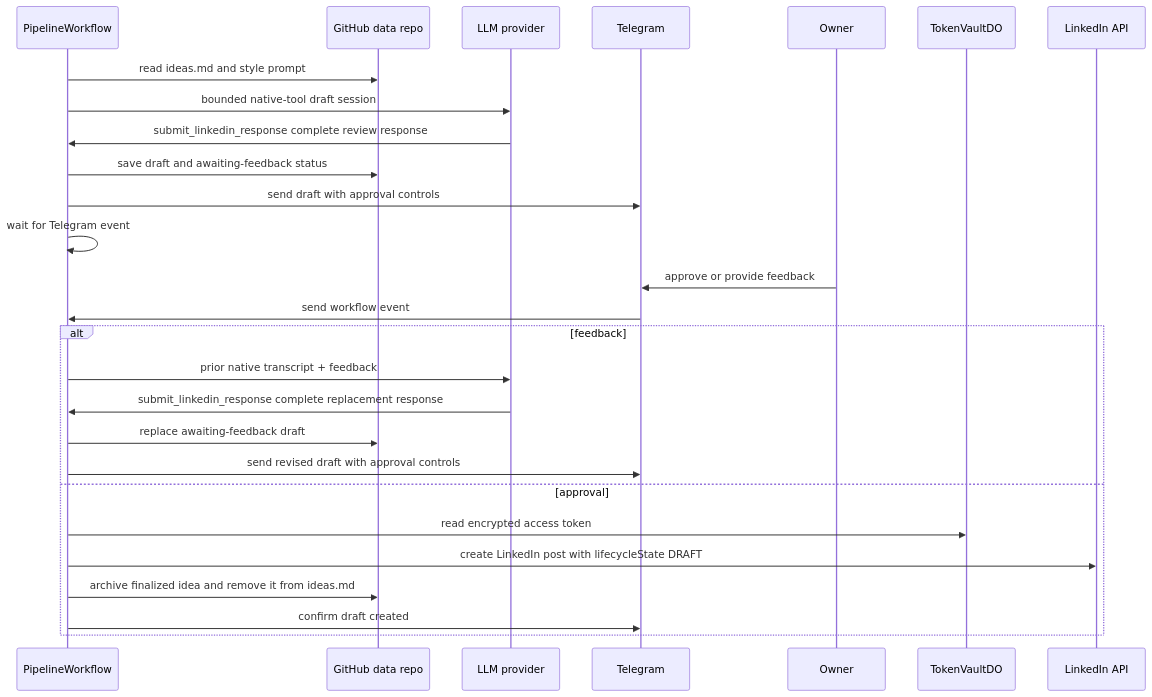
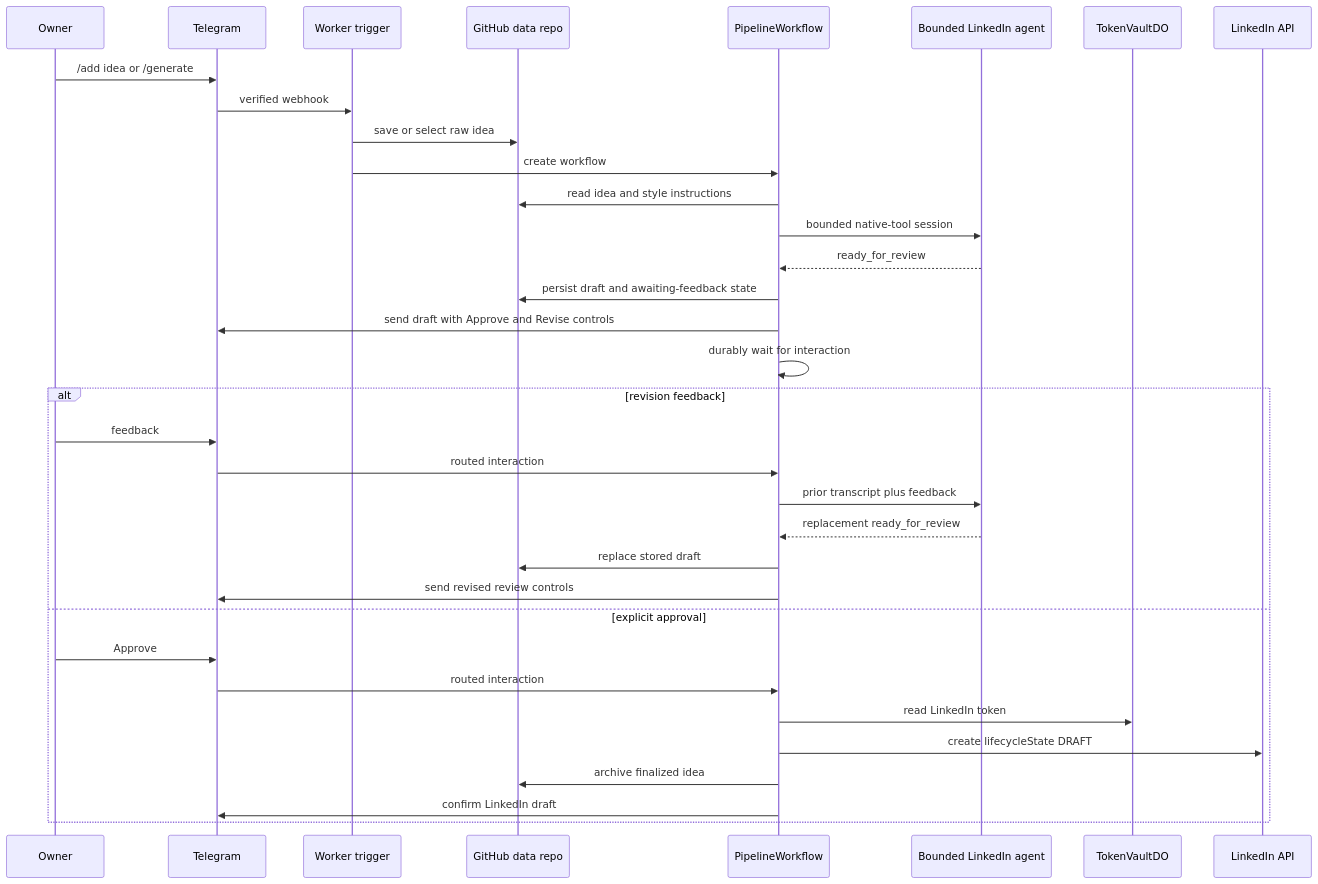
Before and after one commit to satwikhebbar/kipp: the second of 4 diagrams in docs/architecture/request-flows.md, drawn with Mermaid. The commit also changed other lines of this file and 8 other files, not shown here.

Commit message:
docs: refresh Kipp architecture and README

````diff
--- a/docs/architecture/request-flows.md
+++ b/docs/architecture/request-flows.md
@@ -31,30 +35,37 @@
 ```mermaid
 sequenceDiagram
+  participant U as Owner
+  participant T as Telegram
+  participant W as Worker trigger
+  participant G as GitHub data repo
   participant P as PipelineWorkflow
-  participant G as GitHub data repo
-  participant L as LLM provider
-  participant T as Telegram
-  participant U as Owner
+  participant A as Bounded LinkedIn agent
   participant V as TokenVaultDO
   participant LI as LinkedIn API
 
-  P->>G: read ideas.md and style prompt
-  P->>L: bounded native-tool draft session
-  L->>P: submit_linkedin_response complete review response
-  P->>G: save draft and awaiting-feedback status
-  P->>T: send draft with approval controls
-  P->>P: wait for Telegram event
-  U->>T: approve or provide feedback
-  T->>P: send workflow event
-  alt feedback
-    P->>L: prior native transcript + feedback
-    L->>P: submit_linkedin_response complete replacement response
-    P->>G: replace awaiting-feedback draft
-    P->>T: send revised draft with approval controls
-  else approval
-    P->>V: read encrypted access token
-    P->>LI: create LinkedIn post with lifecycleState DRAFT
-    P->>G: archive finalized idea and remove it from ideas.md
-    P->>T: confirm draft created
+  U->>T: /add idea or /generate
+  T->>W: verified webhook
+  W->>G: save or select raw idea
+  W->>P: create workflow
+  P->>G: read idea and style instructions
+  P->>A: bounded native-tool session
+  A-->>P: ready_for_review
+  P->>G: persist draft and awaiting-feedback state
+  P->>T: send draft with Approve and Revise controls
+  P->>P: durably wait for interaction
+  alt revision feedback
+    U->>T: feedback
+    T->>P: routed interaction
+    P->>A: prior transcript plus feedback
+    A-->>P: replacement ready_for_review
+    P->>G: replace stored draft
+    P->>T: send revised review controls
+  else explicit approval
+    U->>T: Approve
+    T->>P: routed interaction
+    P->>V: read LinkedIn token
+    P->>LI: create lifecycleState DRAFT
+    P->>G: archive finalized idea
+    P->>T: confirm LinkedIn draft
   end
 ```
````
